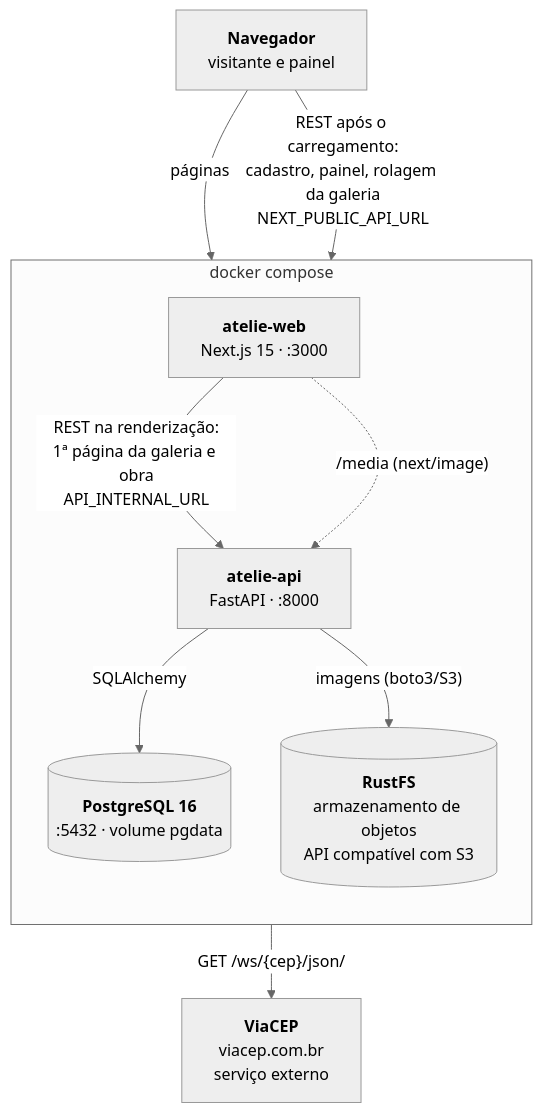
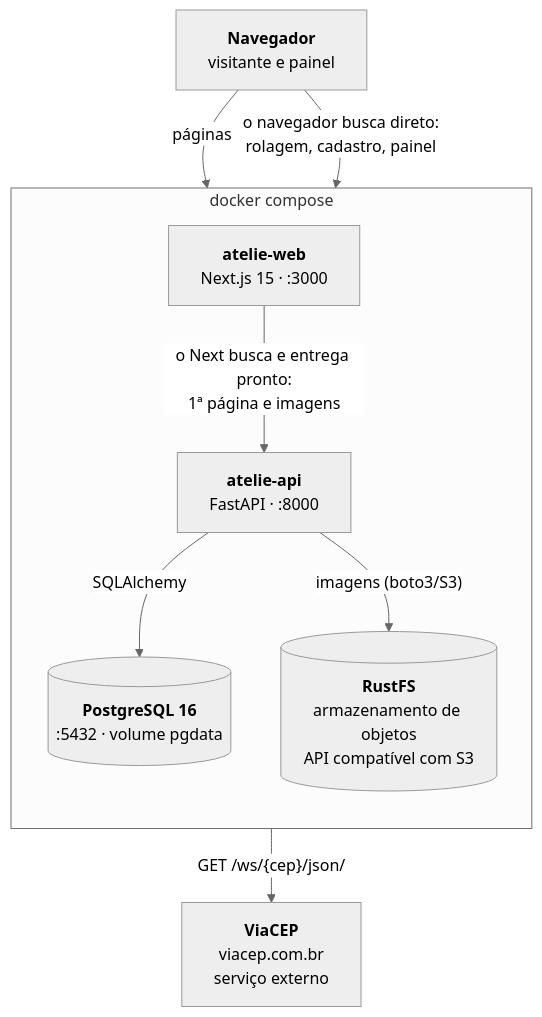
The diagram in README.md (ttozatto/atelie-web), drawn with Mermaid before and after one commit. The commit also changed other lines of this file and 2 other files, not shown here.

First line of the commit message:
chore: diagrama com uma seta so entre o Next e a API

````diff
--- a/README.md
+++ b/README.md
@@ -15,23 +15,22 @@
 ```mermaid
 %%{init: {"theme": "neutral", "flowchart": {"curve": "basis", "padding": 16}}}%%
 flowchart TB
     browser["<b>Navegador</b><br/>visitante e painel"]
 
     subgraph compose["docker compose"]
         direction TB
         web["<b>atelie-web</b><br/>Next.js 15 · :3000"]
         api["<b>atelie-api</b><br/>FastAPI · :8000"]
         db[("<b>PostgreSQL 16</b><br/>:5432 · volume pgdata")]
         storage[("<b>RustFS</b><br/>armazenamento de objetos<br/>API compatível com S3")]
     end
 
     viacep["<b>ViaCEP</b><br/>viacep.com.br<br/>serviço externo"]
 
     browser -- "páginas" --> web
-    browser -- "REST após o carregamento:<br/>cadastro, painel, rolagem da galeria<br/>NEXT_PUBLIC_API_URL" --> api
-    web -- "REST na renderização:<br/>1ª página da galeria e obra<br/>API_INTERNAL_URL" --> api
-    web -. "/media (next/image)" .-> api
+    browser -- "o navegador busca direto:<br/>rolagem, cadastro, painel" --> api
+    web -- "o Next busca e entrega pronto:<br/>1ª página e imagens" --> api
     api -- "SQLAlchemy" --> db
     api -- "imagens (boto3/S3)" --> storage
     api -- "GET /ws/{cep}/json/" --> viacep
 ```
````
